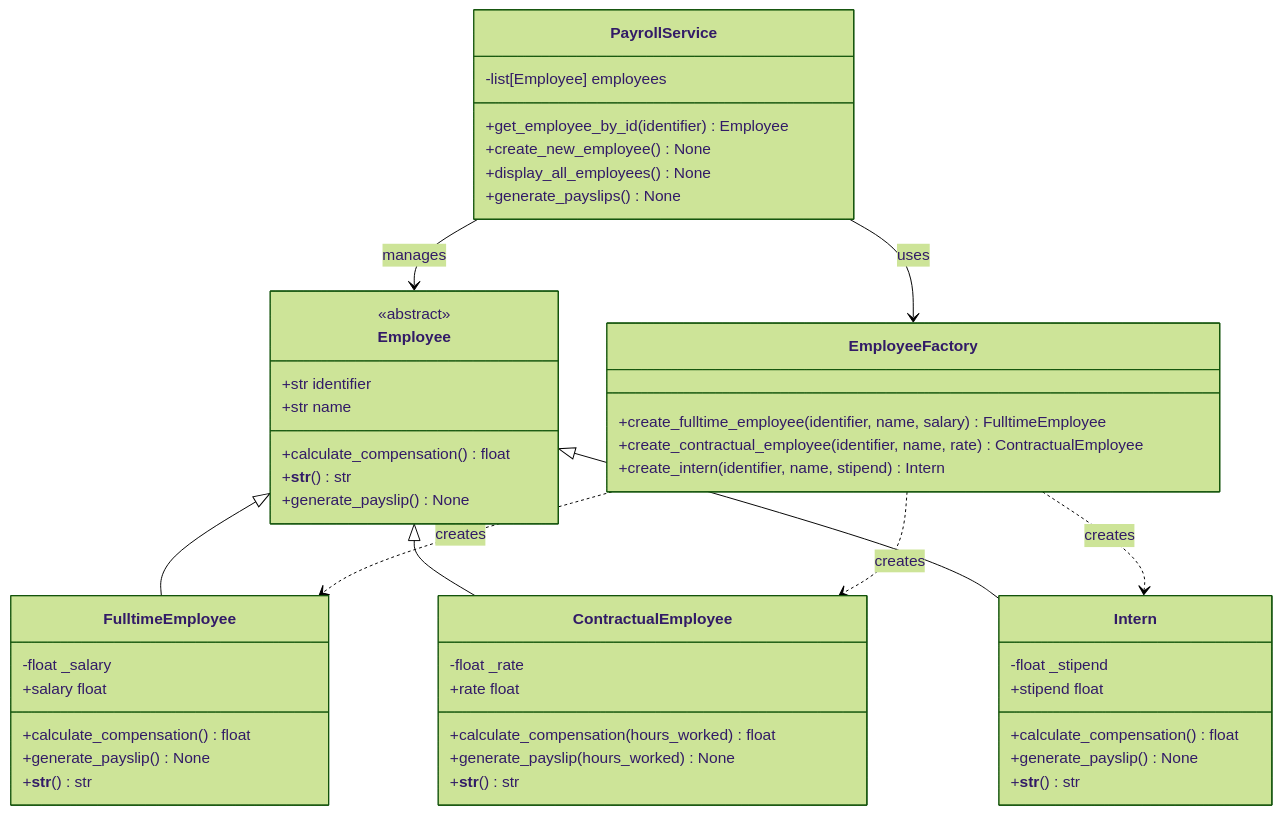
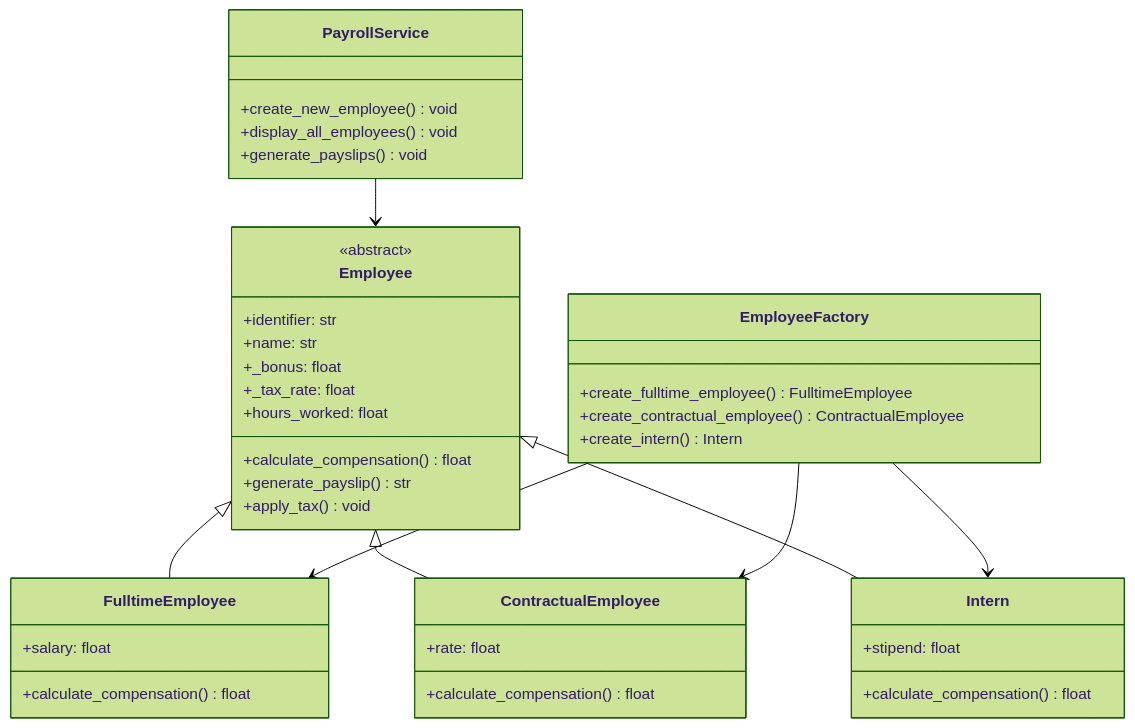
Before and after one commit to furahaderick/AT_Employee_Payroll_Tracker: the diagram in README.md, drawn with Mermaid (forest theme). The commit also changed other lines of this file, not shown here.

````diff
--- a/README.md
+++ b/README.md
@@ -22,58 +27,49 @@
 ```mermaid
 classDiagram
     class Employee {
         <<abstract>>
-        +str identifier
-        +str name
+        +identifier: str
+        +name: str
+        +_bonus: float
+        +_tax_rate: float
+        +hours_worked: float
         +calculate_compensation() float
-        +__str__() str
-        +generate_payslip() None
+        +generate_payslip() str
+        +apply_tax() void
     }
-    
+
     class FulltimeEmployee {
-        -float _salary
-        +salary float
+        +salary: float
         +calculate_compensation() float
-        +generate_payslip() None
-        +__str__() str
     }
-    
+
     class ContractualEmployee {
-        -float _rate
-        +rate float
-        +calculate_compensation(hours_worked) float
-        +generate_payslip(hours_worked) None
-        +__str__() str
+        +rate: float
+        +calculate_compensation() float
     }
-    
+
     class Intern {
-        -float _stipend
-        +stipend float
+        +stipend: float
         +calculate_compensation() float
-        +generate_payslip() None
-        +__str__() str
     }
-    
+
     class EmployeeFactory {
-        +create_fulltime_employee(identifier, name, salary) FulltimeEmployee
-        +create_contractual_employee(identifier, name, rate) ContractualEmployee
-        +create_intern(identifier, name, stipend) Intern
+        +create_fulltime_employee() FulltimeEmployee
+        +create_contractual_employee() ContractualEmployee
+        +create_intern() Intern
     }
-    
+
     class PayrollService {
-        -list[Employee] employees
-        +get_employee_by_id(identifier) Employee
-        +create_new_employee() None
-        +display_all_employees() None
-        +generate_payslips() None
+        +create_new_employee() void
+        +display_all_employees() void
+        +generate_payslips() void
     }
-    
+
     Employee <|-- FulltimeEmployee
     Employee <|-- ContractualEmployee
     Employee <|-- Intern
-    EmployeeFactory ..> FulltimeEmployee : creates
-    EmployeeFactory ..> ContractualEmployee : creates
-    EmployeeFactory ..> Intern : creates
-    PayrollService --> Employee : manages
-    PayrollService --> EmployeeFactory : uses
+    EmployeeFactory --> FulltimeEmployee
+    EmployeeFactory --> ContractualEmployee
+    EmployeeFactory --> Intern
+    PayrollService --> Employee
 ```
````
